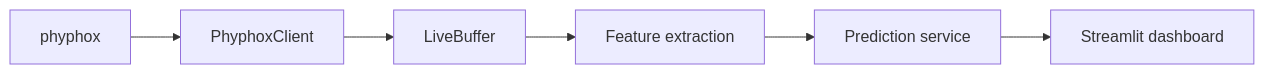
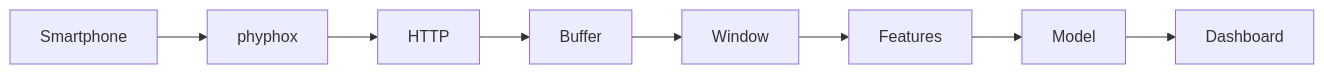
Before and after one commit to konakion/de4w-engineering-workbook: the fourth of 4 diagrams in docs/slides/de4w_capstone_project.qmd, drawn with Mermaid. The commit also changed other lines of this file and 10 other files, not shown here.

````diff
--- a/docs/slides/de4w_capstone_project.qmd
+++ b/docs/slides/de4w_capstone_project.qmd
@@ -168,8 +184,10 @@
 ```{mermaid}
 flowchart LR
-  A[phyphox] --> B[PhyphoxClient]
-  B --> C[LiveBuffer]
-  C --> D[Feature extraction]
-  D --> E[Prediction service]
-  E --> F[Streamlit dashboard]
+  A[Smartphone] --> B[phyphox]
+  B --> C[HTTP]
+  C --> D[Buffer]
+  D --> E[Window]
+  E --> F[Features]
+  F --> G[Model]
+  G --> H[Dashboard]
 ```
````
